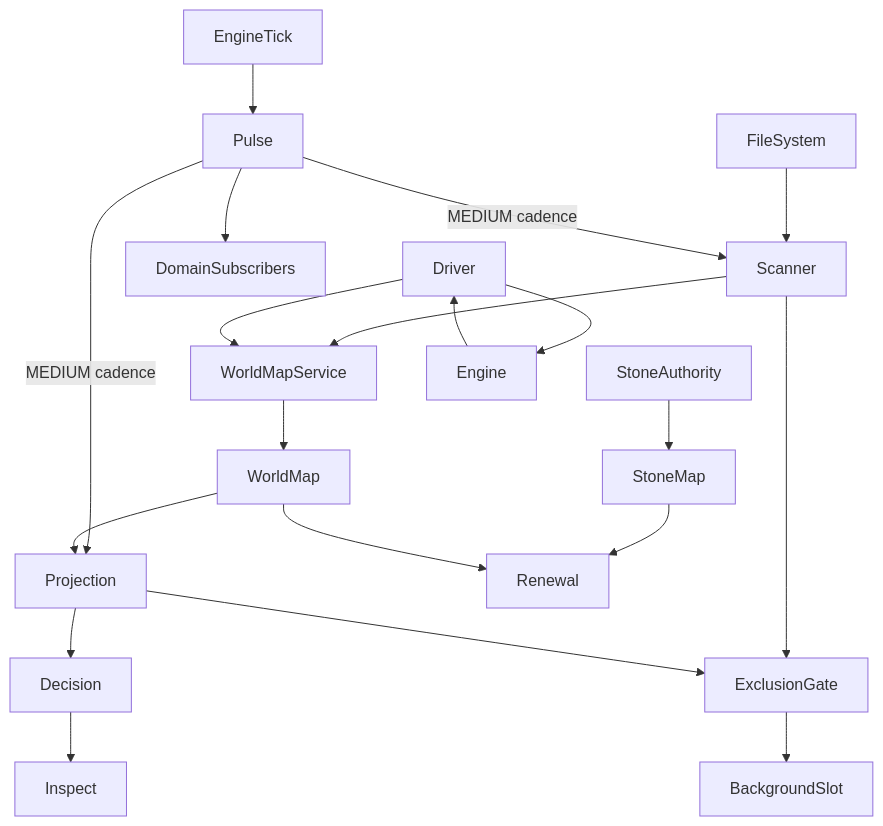
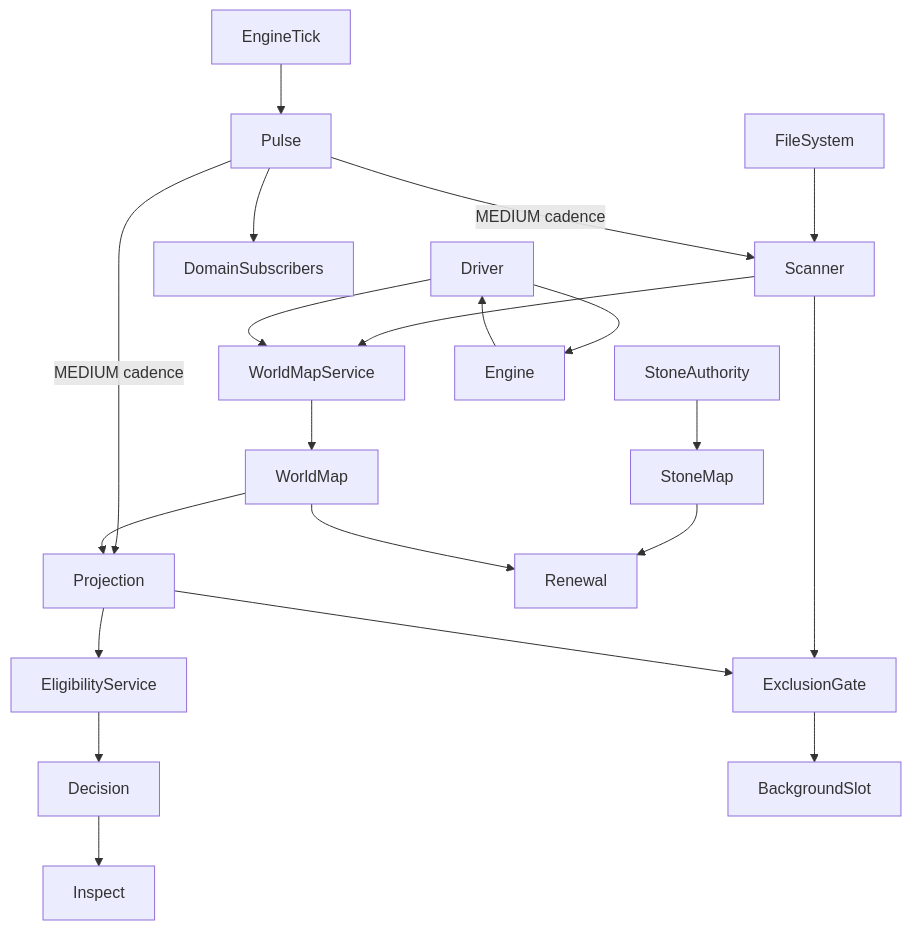
Before and after one commit to olilanz/memento-mc: the fourth of 4 diagrams in ARCHITECTURE.md, drawn with Mermaid. The commit also changed other lines of this file and 8 other files, not shown here.

````diff
--- a/ARCHITECTURE.md
+++ b/ARCHITECTURE.md
@@ -270,22 +284,23 @@
 ```mermaid
 flowchart TB
     FileSystem --> Scanner
     EngineTick --> Pulse
     Pulse --> DomainSubscribers
     Pulse -->|MEDIUM cadence| Scanner
     Pulse -->|MEDIUM cadence| Projection
     Scanner --> WorldMapService
     StoneAuthority --> StoneMap
     StoneMap --> Renewal
     WorldMap --> Projection
-    Projection --> Decision
+    Projection --> EligibilityService
+    EligibilityService --> Decision
     Decision --> Inspect
     Driver --> Engine
     Engine --> Driver
     Driver --> WorldMapService
     Scanner --> ExclusionGate
     Projection --> ExclusionGate
     ExclusionGate --> BackgroundSlot
     WorldMapService --> WorldMap
     WorldMap --> Renewal
 ```
````
